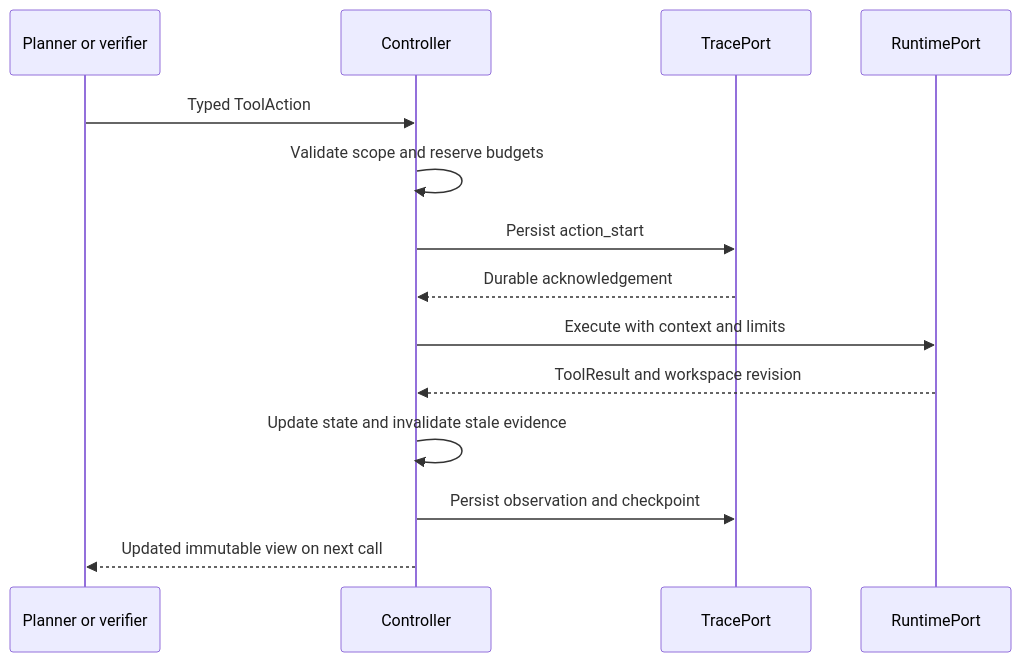
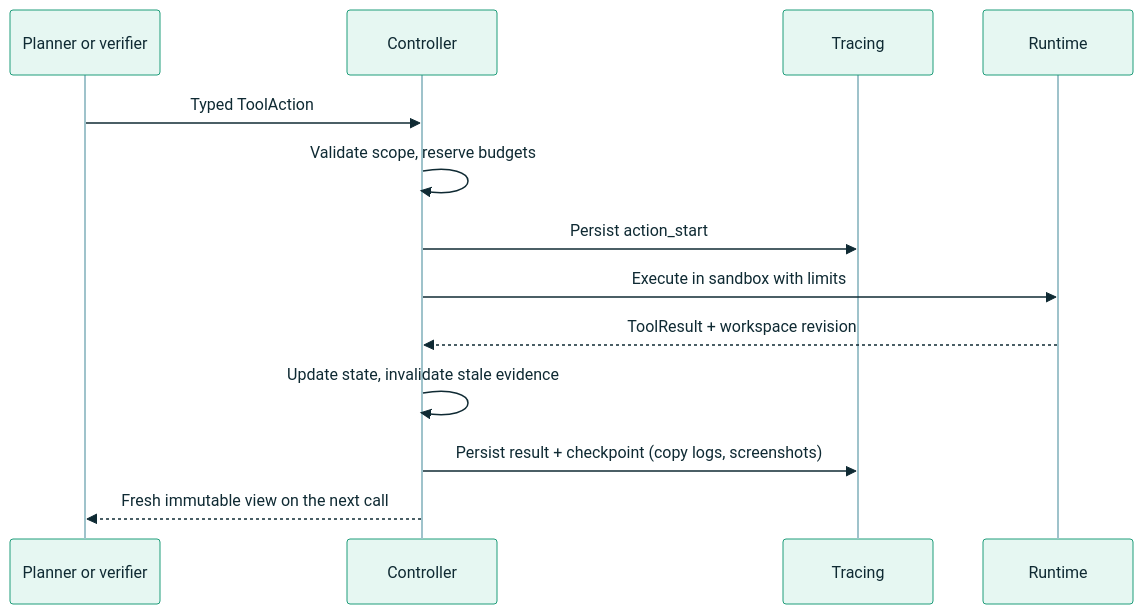
One commit to shirley830/6203-game-coding-agent changed the third of 3 diagrams in README.md. Above: the diagram before and after it, drawn with Mermaid. The commit also changed other lines of this file, not shown here.

````diff
--- a/README.md
+++ b/README.md
@@ -162,16 +271,16 @@
 ```mermaid
+%%{init: {"theme": "base", "themeVariables": {"actorBkg": "#e6f7f2", "actorBorder": "#1f9d7a", "actorTextColor": "#0f2a33", "actorLineColor": "#9fc3cb", "signalColor": "#0f2a33", "signalTextColor": "#0f2a33", "noteBkgColor": "#fff4e5", "noteBorderColor": "#d99a2b"}}}%%
 sequenceDiagram
     participant Port as Planner or verifier
     participant C as Controller
-    participant T as TracePort
-    participant R as RuntimePort
+    participant T as Tracing
+    participant R as Runtime
     Port->>C: Typed ToolAction
-    C->>C: Validate scope and reserve budgets
+    C->>C: Validate scope, reserve budgets
     C->>T: Persist action_start
-    T-->>C: Durable acknowledgement
-    C->>R: Execute with context and limits
-    R-->>C: ToolResult and workspace revision
-    C->>C: Update state and invalidate stale evidence
-    C->>T: Persist observation and checkpoint
-    C-->>Port: Updated immutable view on next call
+    C->>R: Execute in sandbox with limits
+    R-->>C: ToolResult + workspace revision
+    C->>C: Update state, invalidate stale evidence
+    C->>T: Persist result + checkpoint (copy logs, screenshots)
+    C-->>Port: Fresh immutable view on the next call
 ```
````
